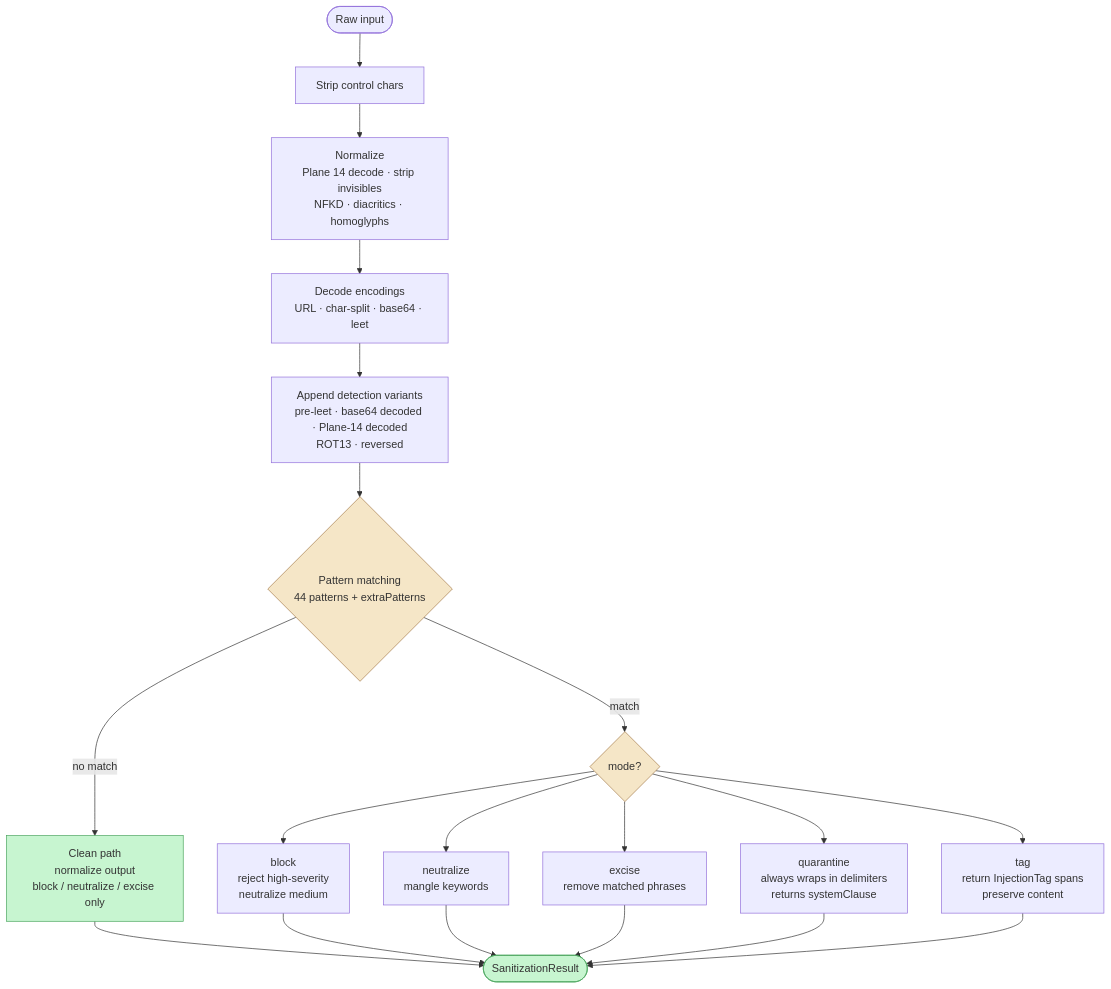
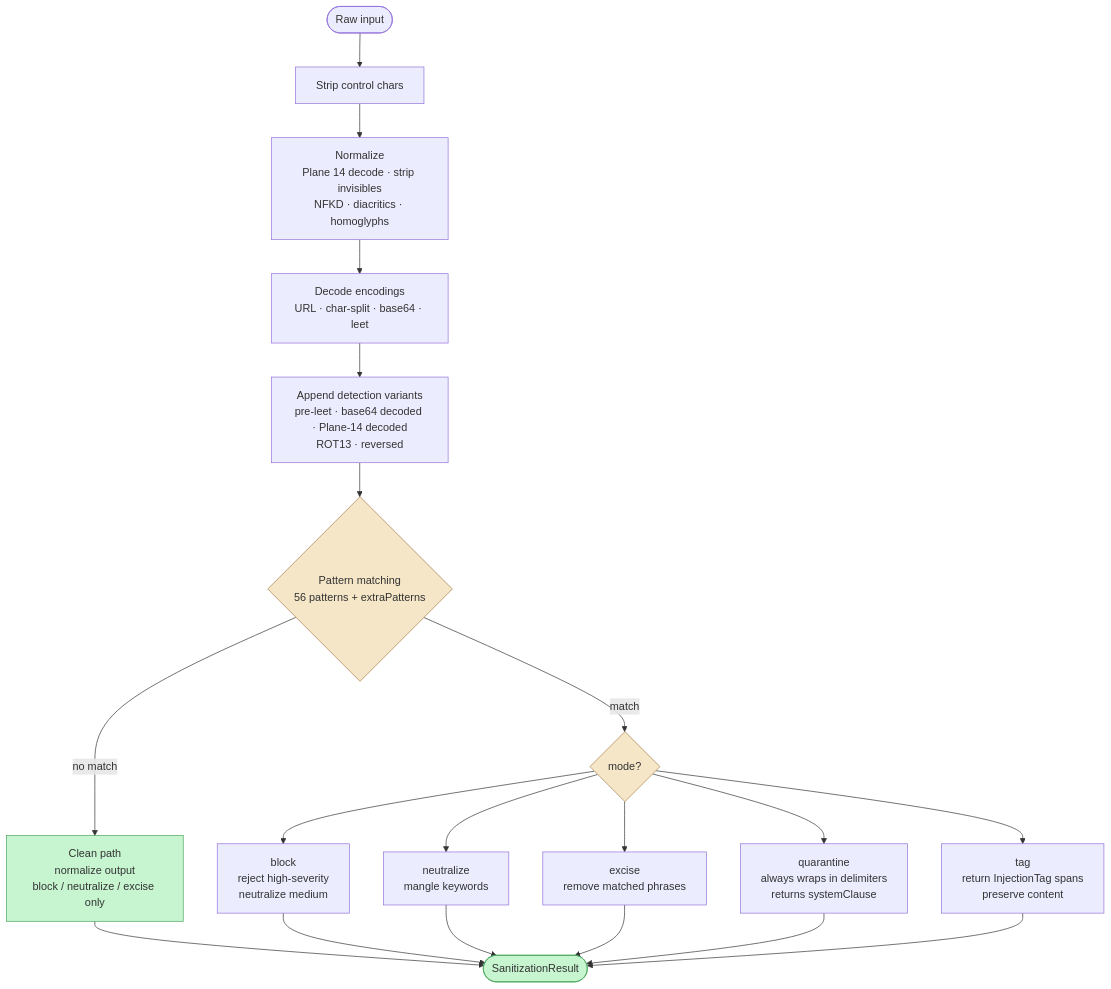
The second of 2 diagrams in README.md (shanemhamilton/llm-prompt-guard), drawn with Mermaid before and after one commit. The commit also changed other lines of this file and 13 other files, not shown here.

````diff
--- a/README.md
+++ b/README.md
@@ -119,29 +119,29 @@
 ```mermaid
 flowchart TD
     IN([Raw input]) --> S1[Strip control chars]
     S1 --> S2["Normalize<br/>Plane 14 decode · strip invisibles<br/>NFKD · diacritics · homoglyphs"]
     S2 --> S3["Decode encodings<br/>URL · char-split · base64 · leet"]
     S3 --> S4["Append detection variants<br/>pre-leet · base64 decoded · Plane-14 decoded<br/>ROT13 · reversed"]
-    S4 --> DET{"Pattern matching<br/>44 patterns + extraPatterns"}
+    S4 --> DET{"Pattern matching<br/>56 patterns + extraPatterns"}
 
     DET -->|no match| CLEAN["Clean path<br/>normalize output<br/>block / neutralize / excise only"]
     DET -->|match| MODE{"mode?"}
 
     MODE --> BL["block<br/>reject high-severity<br/>neutralize medium"]
     MODE --> NE["neutralize<br/>mangle keywords"]
     MODE --> EX["excise<br/>remove matched phrases"]
     MODE --> QU["quarantine<br/>always wraps in delimiters<br/>returns systemClause"]
     MODE --> TG["tag<br/>return InjectionTag spans<br/>preserve content"]
 
     CLEAN --> OUT([SanitizationResult])
     BL --> OUT
     NE --> OUT
     EX --> OUT
     QU --> OUT
     TG --> OUT
 
     style DET fill:#f5e6c7,stroke:#a57c4a
     style MODE fill:#f5e6c7,stroke:#a57c4a
     style CLEAN fill:#c7f5d0,stroke:#4aa55e
     style OUT fill:#c7f5d0,stroke:#4aa55e
 ```
````
